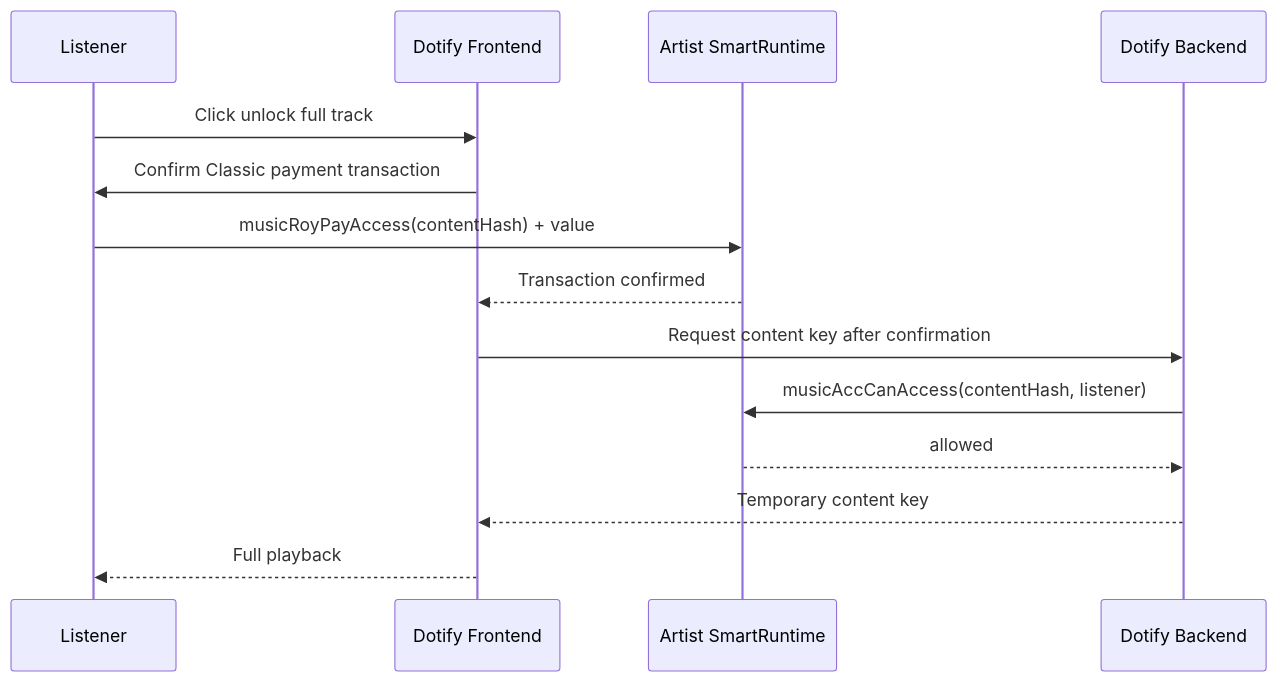
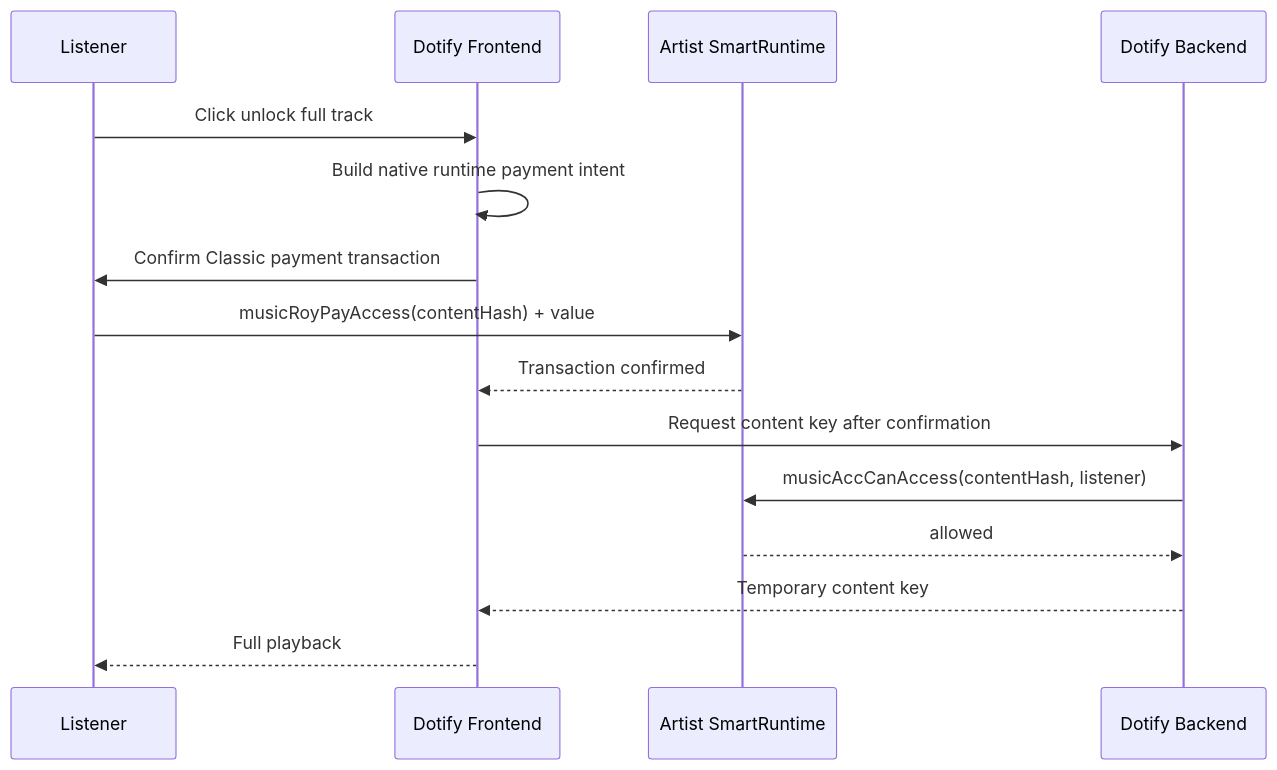
Before and after one commit to knzeng-e/dotify: the third of 5 diagrams in docs/product/ux-signature-flows.md, drawn with Mermaid. The commit also changed other lines of this file and 762 other files, not shown here.

````diff
--- a/docs/product/ux-signature-flows.md
+++ b/docs/product/ux-signature-flows.md
@@ -95,17 +110,18 @@
 ```mermaid
 sequenceDiagram
   participant L as Listener
   participant UI as Dotify Frontend
   participant RT as Artist SmartRuntime
   participant API as Dotify Backend
 
   L->>UI: Click unlock full track
+  UI->>UI: Build native runtime payment intent
   UI->>L: Confirm Classic payment transaction
   L->>RT: musicRoyPayAccess(contentHash) + value
   RT-->>UI: Transaction confirmed
   UI->>API: Request content key after confirmation
   API->>RT: musicAccCanAccess(contentHash, listener)
   RT-->>API: allowed
   API-->>UI: Temporary content key
   UI-->>L: Full playback
 ```
````
